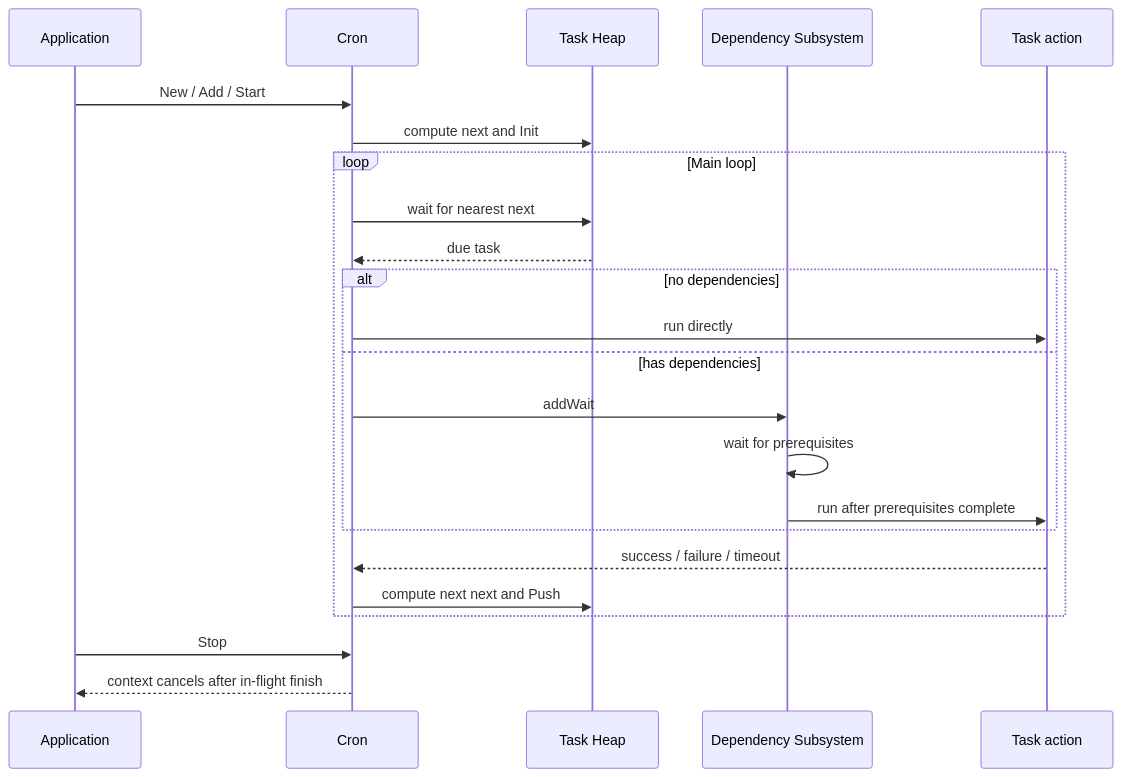
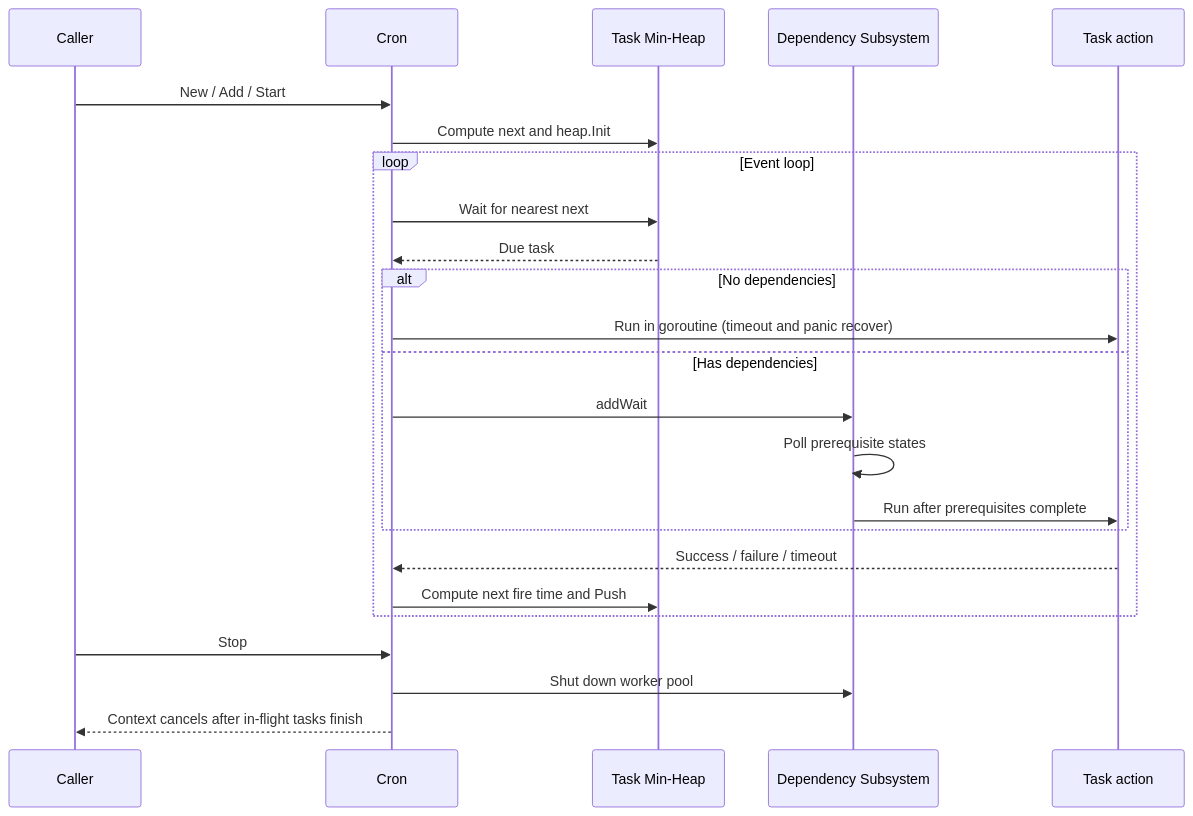
One commit to pardnchiu/go-scheduler changed the sixth of 7 diagrams in doc/architecture.md. Above: the diagram before and after it, drawn with Mermaid. The commit also changed other lines of this file and 6 other files, not shown here.

````diff
--- a/doc/architecture.md
+++ b/doc/architecture.md
@@ -108,26 +133,27 @@
 ```mermaid
 sequenceDiagram
-    participant App as Application
+    participant App as Caller
     participant Cron as Cron
-    participant Heap as Task Heap
+    participant Heap as Task Min-Heap
     participant Depend as Dependency Subsystem
     participant Task as Task action
 
     App->>Cron: New / Add / Start
-    Cron->>Heap: compute next and Init
-    loop Main loop
-        Cron->>Heap: wait for nearest next
-        Heap-->>Cron: due task
-        alt no dependencies
-            Cron->>Task: run directly
-        else has dependencies
+    Cron->>Heap: Compute next and heap.Init
+    loop Event loop
+        Cron->>Heap: Wait for nearest next
+        Heap-->>Cron: Due task
+        alt No dependencies
+            Cron->>Task: Run in goroutine (timeout and panic recover)
+        else Has dependencies
             Cron->>Depend: addWait
-            Depend->>Depend: wait for prerequisites
-            Depend->>Task: run after prerequisites complete
+            Depend->>Depend: Poll prerequisite states
+            Depend->>Task: Run after prerequisites complete
         end
-        Task-->>Cron: success / failure / timeout
-        Cron->>Heap: compute next next and Push
+        Task-->>Cron: Success / failure / timeout
+        Cron->>Heap: Compute next fire time and Push
     end
     App->>Cron: Stop
-    Cron-->>App: context cancels after in-flight finish
+    Cron->>Depend: Shut down worker pool
+    Cron-->>App: Context cancels after in-flight tasks finish
 ```
````
